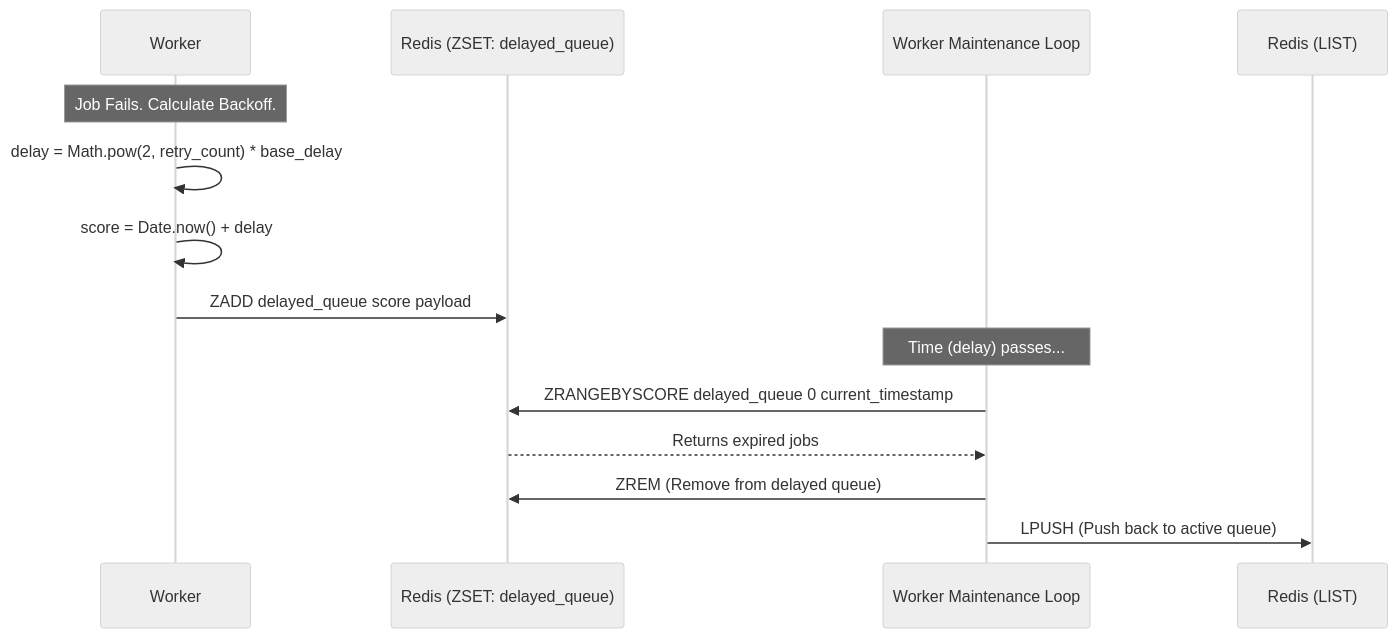
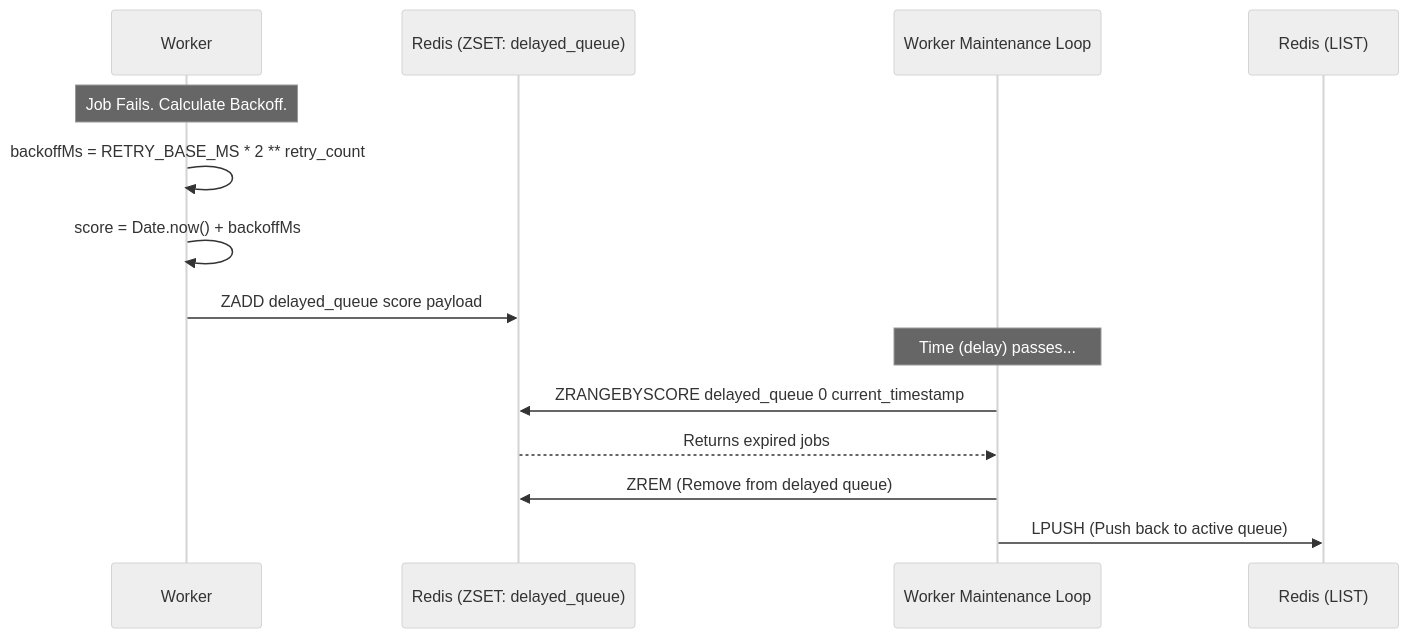
The sixth of 9 diagrams in flow/1. End-To-End-Architecture-Flow.md (Aryns293/QueueFlow-prep), drawn with Mermaid (neutral theme) before and after one commit. The commit also changed other lines of this file, not shown here.

Commit message:
Fix technical discrepancies in Architecture Flow diagrams and SQL logic

````diff
--- a/flow/1. End-To-End-Architecture-Flow.md
+++ b/flow/1. End-To-End-Architecture-Flow.md
@@ -257,20 +258,20 @@
 ```mermaid
 sequenceDiagram
     participant Worker as Worker
     participant ZSET as Redis (ZSET: delayed_queue)
     participant Cron as Worker Maintenance Loop
     participant Queue as Redis (LIST)
 
     Note over Worker: Job Fails. Calculate Backoff.
-    Worker->>Worker: delay = Math.pow(2, retry_count) * base_delay
-    Worker->>Worker: score = Date.now() + delay
+    Worker->>Worker: backoffMs = RETRY_BASE_MS * 2 ** retry_count
+    Worker->>Worker: score = Date.now() + backoffMs
     Worker->>ZSET: ZADD delayed_queue score payload
     
     Note over Cron: Time (delay) passes...
     
     Cron->>ZSET: ZRANGEBYSCORE delayed_queue 0 current_timestamp
     ZSET-->>Cron: Returns expired jobs
     
     Cron->>ZSET: ZREM (Remove from delayed queue)
     Cron->>Queue: LPUSH (Push back to active queue)
 ```
````
